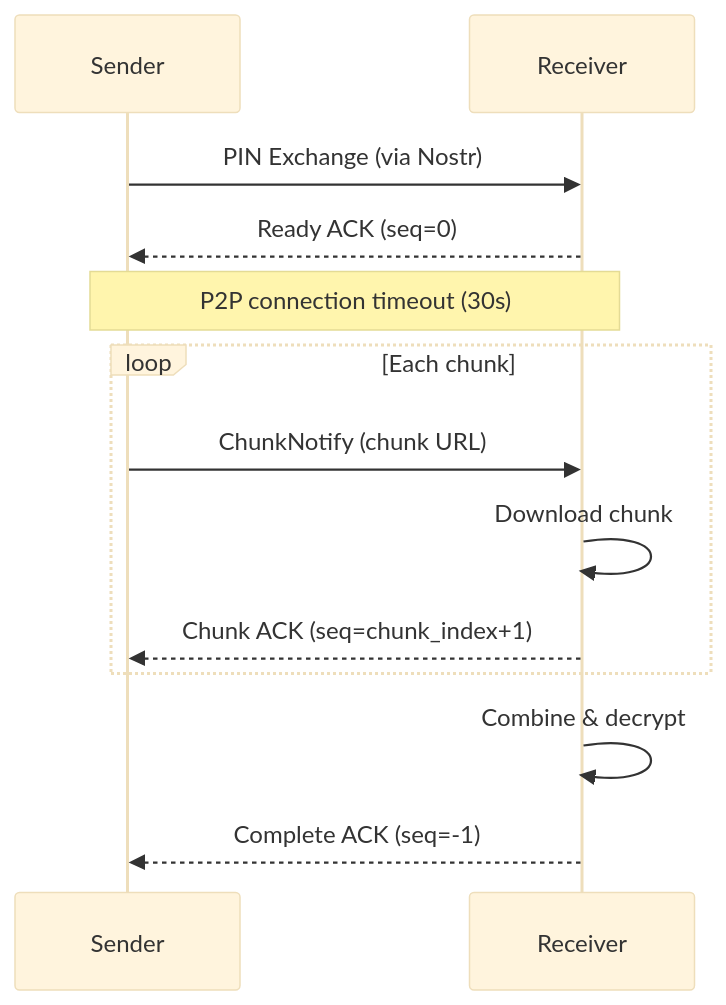
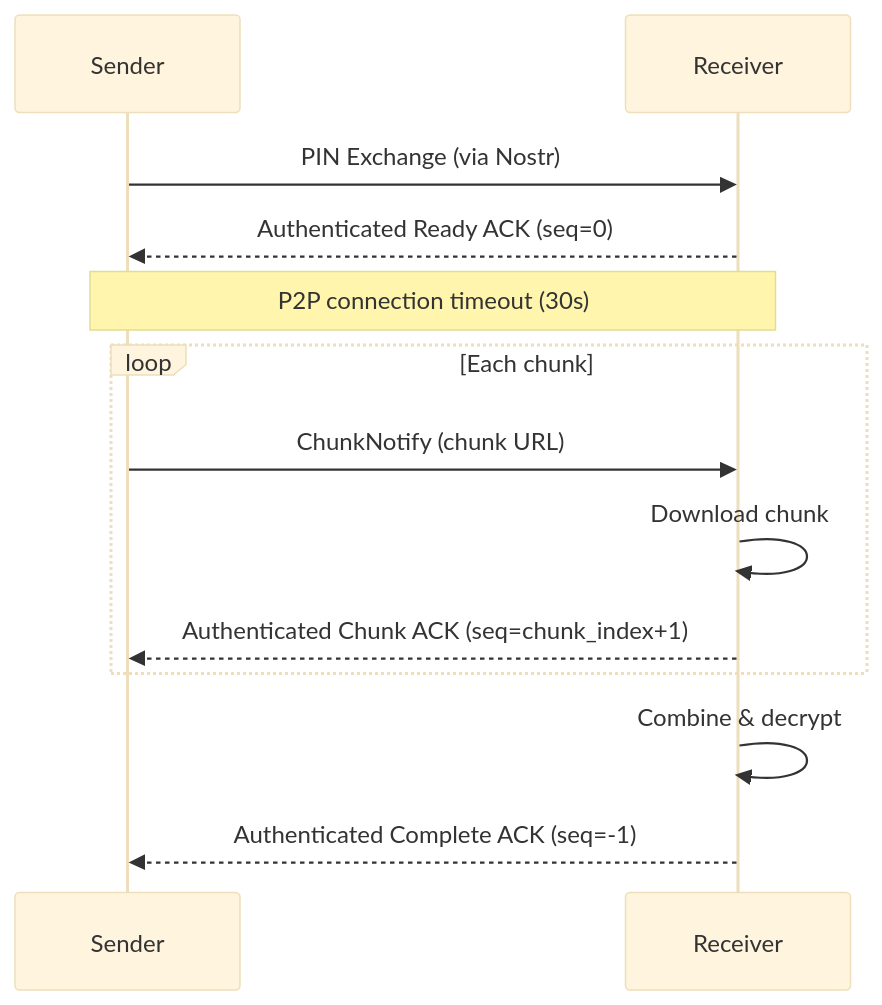
The second of 4 diagrams in docs/ARCHITECTURE.md (andrewtheguy/secure-send-web), drawn with Mermaid (base theme) before and after one commit. The commit also changed other lines of this file and 7 other files, not shown here.

````diff
--- a/docs/ARCHITECTURE.md
+++ b/docs/ARCHITECTURE.md
@@ -48,15 +48,15 @@
 ```mermaid
 sequenceDiagram
     participant Sender
     participant Receiver
     Sender->>Receiver: PIN Exchange (via Nostr)
-    Receiver-->>Sender: Ready ACK (seq=0)
+    Receiver-->>Sender: Authenticated Ready ACK (seq=0)
     Note over Sender,Receiver: P2P connection timeout (30s)
     loop Each chunk
         Sender->>Receiver: ChunkNotify (chunk URL)
         Receiver->>Receiver: Download chunk
-        Receiver-->>Sender: Chunk ACK (seq=chunk_index+1)
+        Receiver-->>Sender: Authenticated Chunk ACK (seq=chunk_index+1)
     end
     Receiver->>Receiver: Combine & decrypt
-    Receiver-->>Sender: Complete ACK (seq=-1)
+    Receiver-->>Sender: Authenticated Complete ACK (seq=-1)
 ```
````
